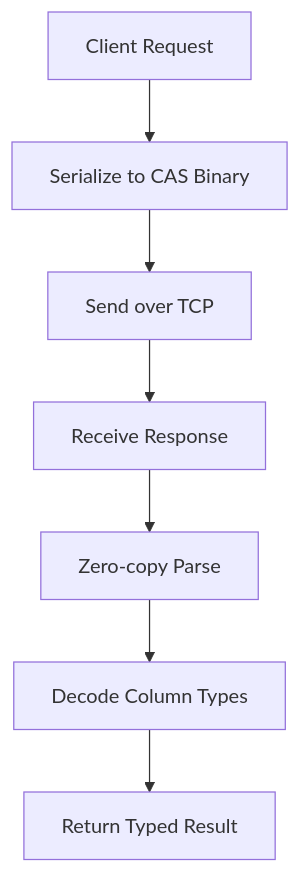
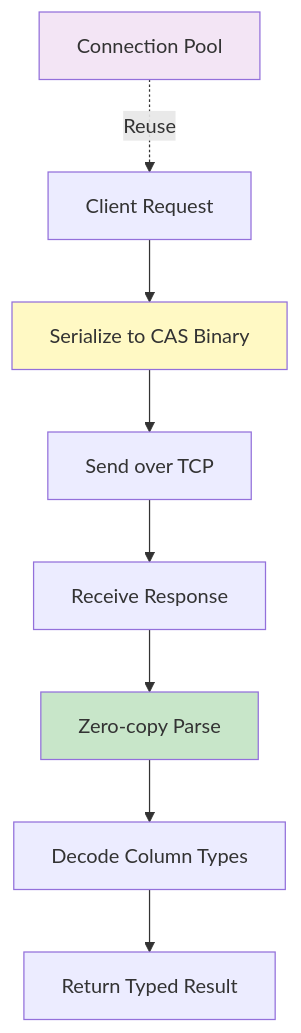
The second of 2 diagrams in docs/PERFORMANCE.md (cubrid-labs/cubrid-rs), drawn with Mermaid before and after one commit. The commit also changed other lines of this file and 3 other files, not shown here.

Commit message:
docs: add roadmap with milestone links

````diff
--- a/docs/PERFORMANCE.md
+++ b/docs/PERFORMANCE.md
@@ -21,9 +63,15 @@
 ```mermaid
 flowchart TD
-    Request[Client Request] --> Serialize[Serialize to CAS Binary]
-    Serialize --> Send[Send over TCP]
-    Send --> Receive[Receive Response]
-    Receive --> Parse[Zero-copy Parse]
-    Parse --> Decode[Decode Column Types]
-    Decode --> Result[Return Typed Result]
+    A[Client Request] --> B[Serialize to CAS Binary]
+    B --> C[Send over TCP]
+    C --> D[Receive Response]
+    D --> E[Zero-copy Parse]
+    E --> F[Decode Column Types]
+    F --> G[Return Typed Result]
+    
+    H[Connection Pool] -.->|Reuse| A
+    
+    style E fill:#c8e6c9
+    style B fill:#fff9c4
+    style H fill:#f3e5f5
 ```
````
